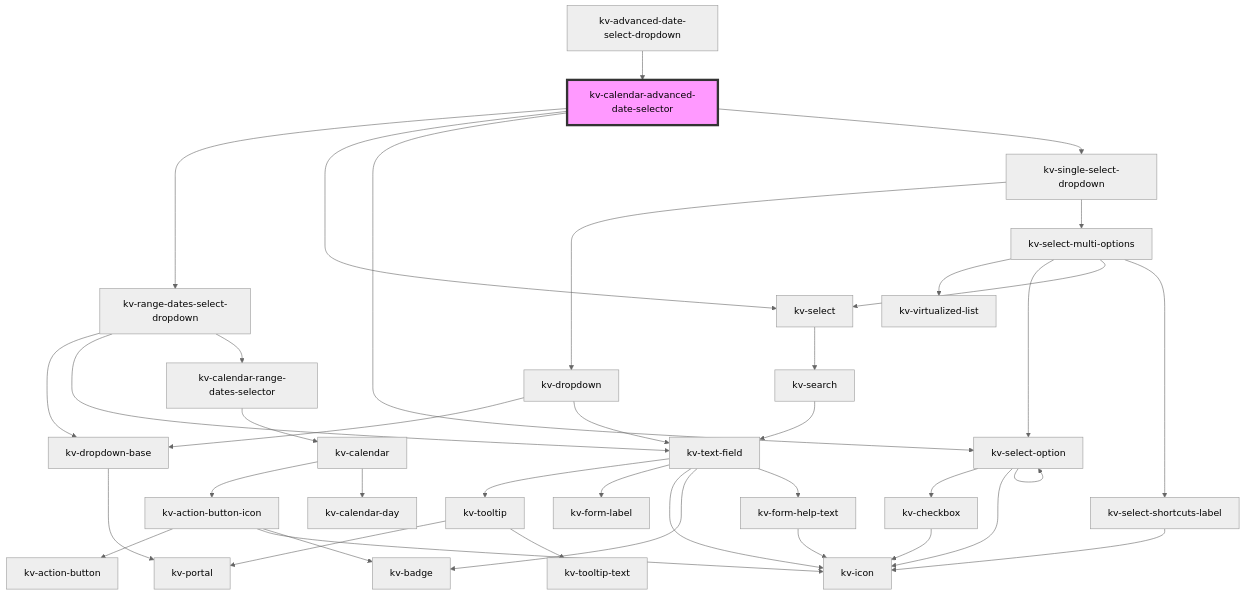
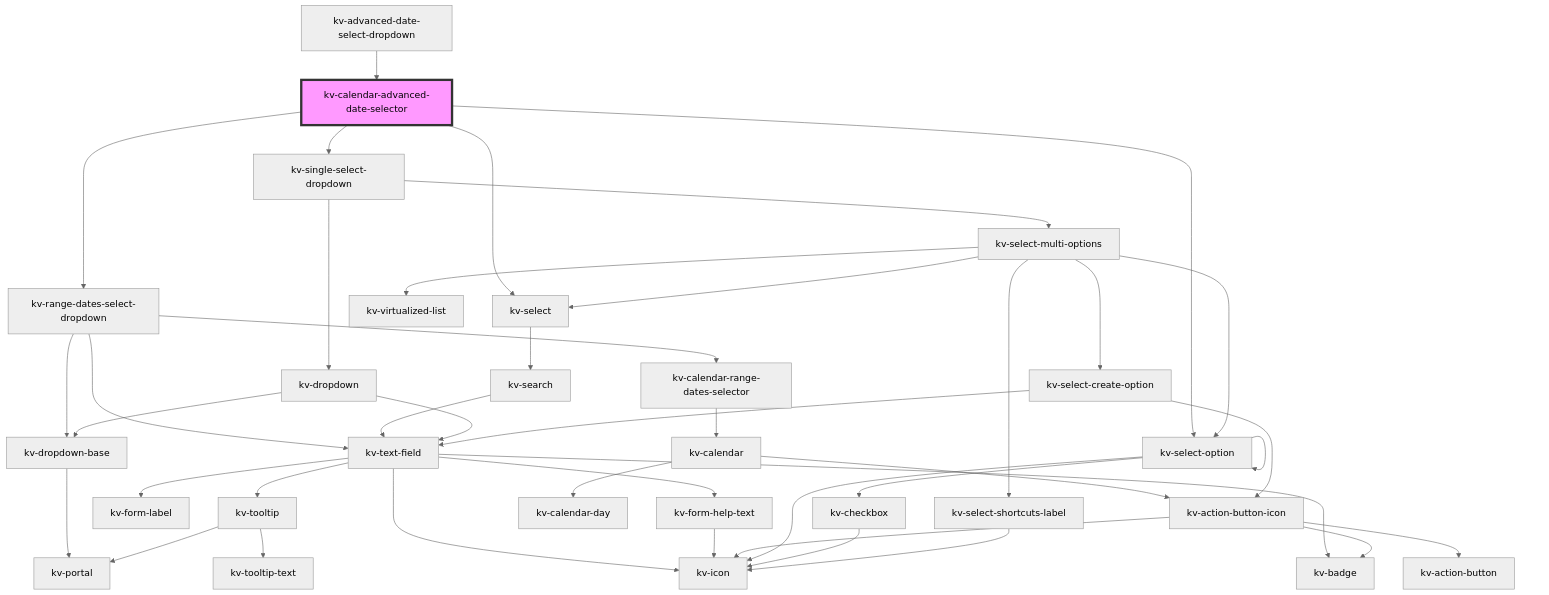
Before and after one commit to kelvininc/ui-components: the diagram in packages/ui-components/src/components/calendar-advanced-date-selector/readme.md, drawn with Mermaid (neutral theme). The commit also changed 31 other files, not shown here.

Commit message:
feat(select): add create new option

````diff
--- a/packages/ui-components/src/components/calendar-advanced-date-selector/readme.md
+++ b/packages/ui-components/src/components/calendar-advanced-date-selector/readme.md
@@ -126,42 +126,45 @@
 ```mermaid
 graph TD;
   kv-calendar-advanced-date-selector --> kv-range-dates-select-dropdown
   kv-calendar-advanced-date-selector --> kv-select
   kv-calendar-advanced-date-selector --> kv-select-option
   kv-calendar-advanced-date-selector --> kv-single-select-dropdown
   kv-range-dates-select-dropdown --> kv-dropdown-base
   kv-range-dates-select-dropdown --> kv-text-field
   kv-range-dates-select-dropdown --> kv-calendar-range-dates-selector
   kv-dropdown-base --> kv-portal
   kv-text-field --> kv-tooltip
   kv-text-field --> kv-form-label
   kv-text-field --> kv-icon
   kv-text-field --> kv-badge
   kv-text-field --> kv-form-help-text
   kv-tooltip --> kv-portal
   kv-tooltip --> kv-tooltip-text
   kv-form-help-text --> kv-icon
   kv-calendar-range-dates-selector --> kv-calendar
   kv-calendar --> kv-action-button-icon
   kv-calendar --> kv-calendar-day
   kv-action-button-icon --> kv-action-button
   kv-action-button-icon --> kv-icon
   kv-action-button-icon --> kv-badge
   kv-select --> kv-search
   kv-search --> kv-text-field
   kv-select-option --> kv-checkbox
   kv-select-option --> kv-icon
   kv-select-option --> kv-select-option
   kv-checkbox --> kv-icon
   kv-single-select-dropdown --> kv-dropdown
   kv-single-select-dropdown --> kv-select-multi-options
   kv-dropdown --> kv-dropdown-base
   kv-dropdown --> kv-text-field
   kv-select-multi-options --> kv-virtualized-list
   kv-select-multi-options --> kv-select-option
   kv-select-multi-options --> kv-select
+  kv-select-multi-options --> kv-select-create-option
   kv-select-multi-options --> kv-select-shortcuts-label
+  kv-select-create-option --> kv-text-field
+  kv-select-create-option --> kv-action-button-icon
   kv-select-shortcuts-label --> kv-icon
   kv-advanced-date-select-dropdown --> kv-calendar-advanced-date-selector
   style kv-calendar-advanced-date-selector fill:#f9f,stroke:#333,stroke-width:4px
 ```
````
